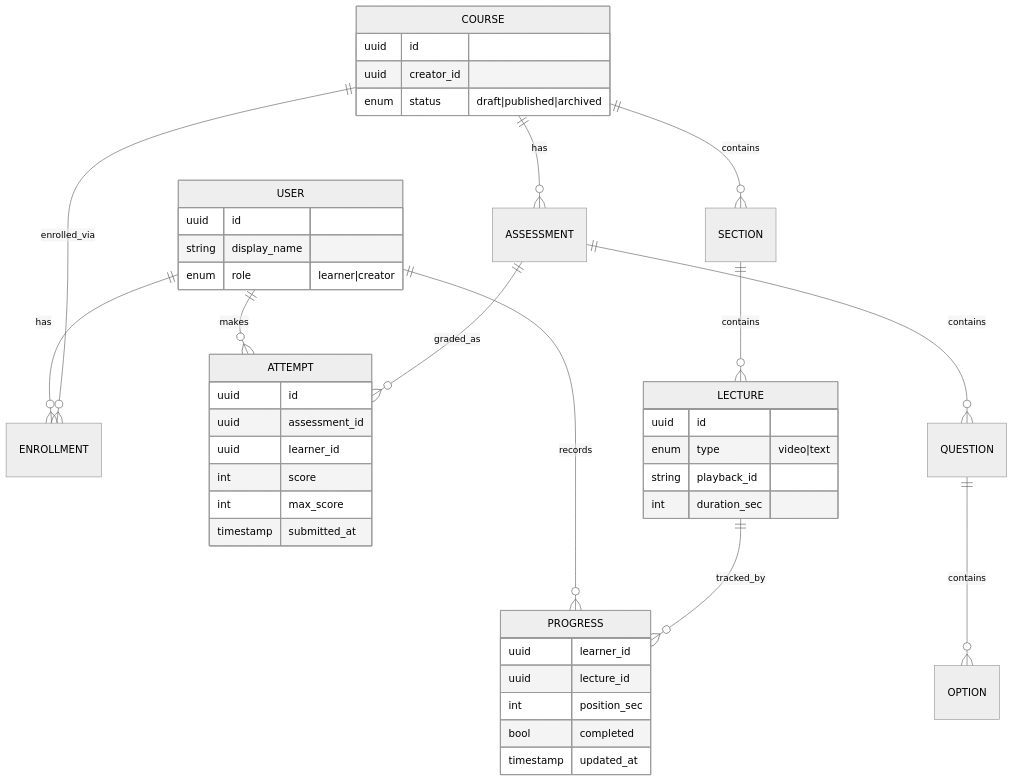
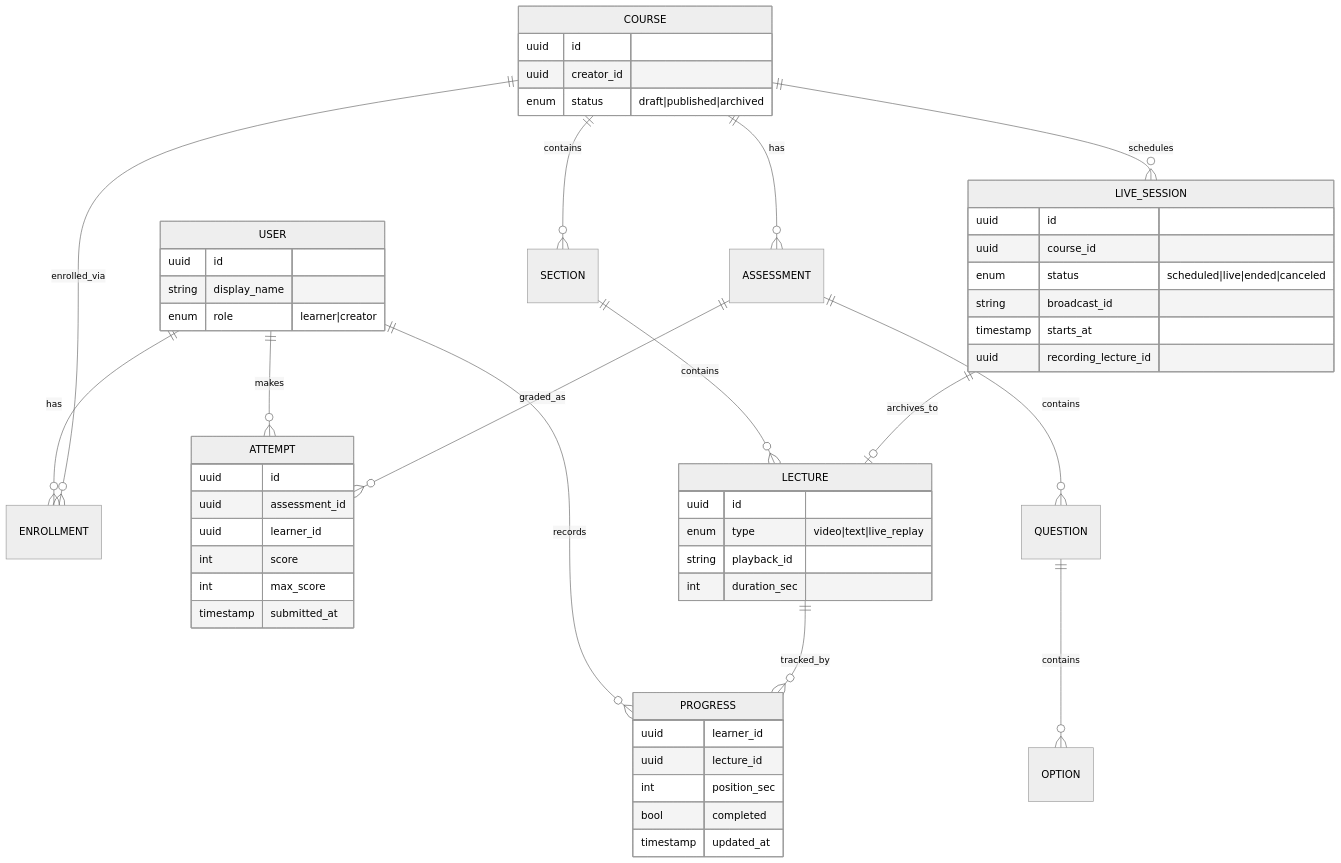
One commit to amitrangra-labs/coursecraft changed the second of 2 diagrams in docs/ARCHITECTURE.md. Above: the diagram before and after it, drawn with Mermaid (neutral theme). The commit also changed other lines of this file and 4 other files, not shown here.

````diff
--- a/docs/ARCHITECTURE.md
+++ b/docs/ARCHITECTURE.md
@@ -46,45 +46,55 @@
 ```mermaid
 erDiagram
     USER ||--o{ ENROLLMENT : has
     USER ||--o{ ATTEMPT : makes
     USER ||--o{ PROGRESS : records
     COURSE ||--o{ SECTION : contains
     SECTION ||--o{ LECTURE : contains
     COURSE ||--o{ ASSESSMENT : has
     ASSESSMENT ||--o{ QUESTION : contains
     QUESTION ||--o{ OPTION : contains
     ASSESSMENT ||--o{ ATTEMPT : graded_as
     LECTURE ||--o{ PROGRESS : tracked_by
     COURSE ||--o{ ENROLLMENT : enrolled_via
+    COURSE ||--o{ LIVE_SESSION : schedules
+    LIVE_SESSION ||--o| LECTURE : archives_to
     USER {
       uuid id
       string display_name
       enum role  "learner|creator"
     }
     COURSE {
       uuid id
       uuid creator_id
       enum status "draft|published|archived"
     }
     LECTURE {
       uuid id
-      enum type "video|text"
+      enum type "video|text|live_replay"
       string playback_id
       int duration_sec
+    }
+    LIVE_SESSION {
+      uuid id
+      uuid course_id
+      enum status "scheduled|live|ended|canceled"
+      string broadcast_id
+      timestamp starts_at
+      uuid recording_lecture_id
     }
     PROGRESS {
       uuid learner_id
       uuid lecture_id
       int position_sec
       bool completed
       timestamp updated_at
     }
     ATTEMPT {
       uuid id
       uuid assessment_id
       uuid learner_id
       int score
       int max_score
       timestamp submitted_at
     }
 ```
````
